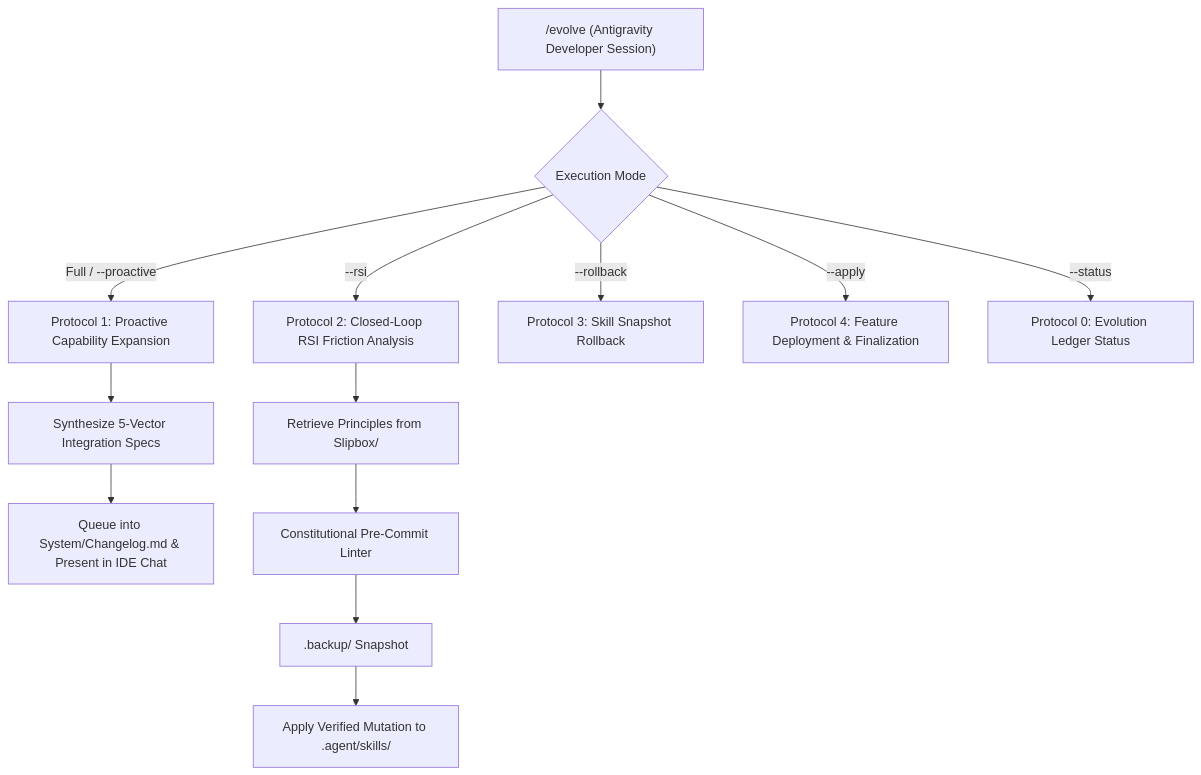
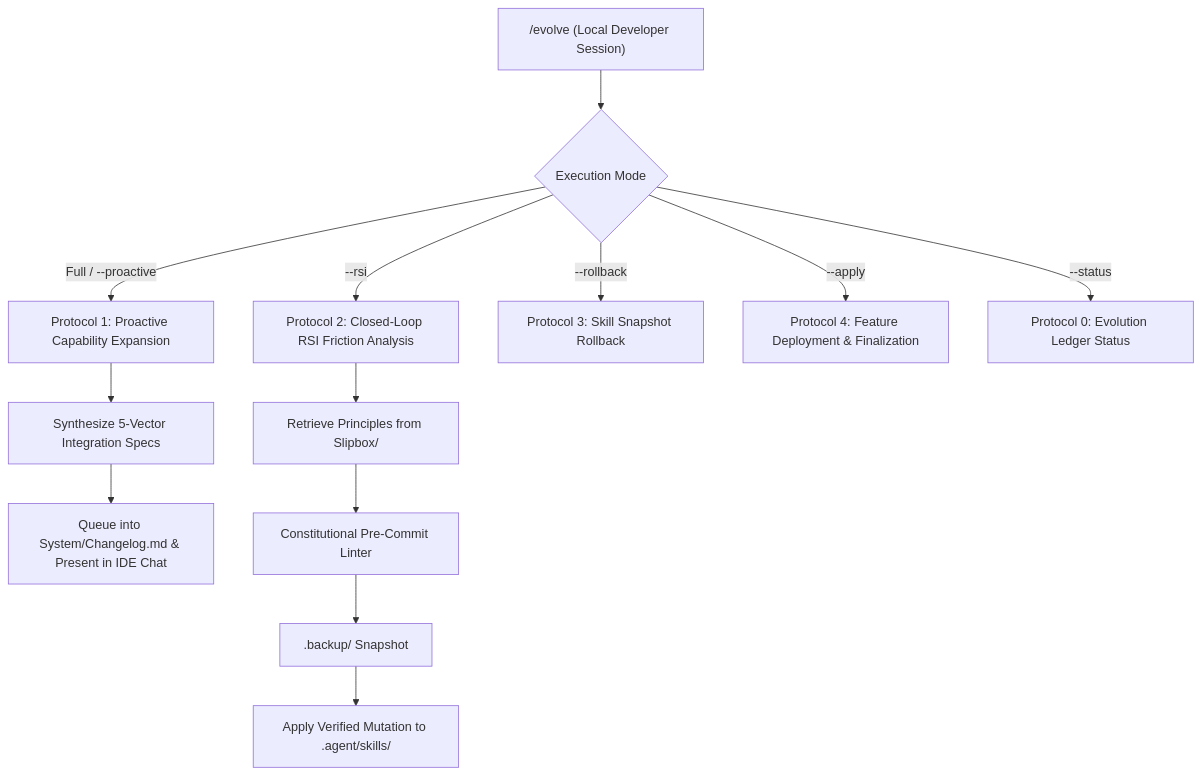
Before and after one commit to tama-gucci/chrysalis: the diagram in Development/skills/evolve/SKILL.md, drawn with Mermaid. The commit also changed other lines of this file and 25 other files, not shown here.

````diff
--- a/Development/skills/evolve/SKILL.md
+++ b/Development/skills/evolve/SKILL.md
@@ -41,17 +41,17 @@
 ```mermaid
 graph TD
-    Trigger["/evolve (Antigravity Developer Session)"] --> Mode{Execution Mode}
+    Trigger["/evolve (Local Developer Session)"] --> Mode{Execution Mode}
     Mode -->|"Full / --proactive"| P1["Protocol 1: Proactive Capability Expansion"]
     Mode -->|"--rsi"| P2["Protocol 2: Closed-Loop RSI Friction Analysis"]
     Mode -->|"--rollback"| P3["Protocol 3: Skill Snapshot Rollback"]
     Mode -->|"--apply"| P4["Protocol 4: Feature Deployment & Finalization"]
     Mode -->|"--status"| P0["Protocol 0: Evolution Ledger Status"]
     
     P1 --> Spec["Synthesize 5-Vector Integration Specs"]
     Spec --> Stage["Queue into System/Changelog.md & Present in IDE Chat"]
     
     P2 --> Slipbox["Retrieve Principles from Slipbox/"]
     Slipbox --> Lint["Constitutional Pre-Commit Linter"]
     Lint --> Backup[".backup/ Snapshot"]
     Backup --> Mutate["Apply Verified Mutation to .agent/skills/"]
 ```
````
